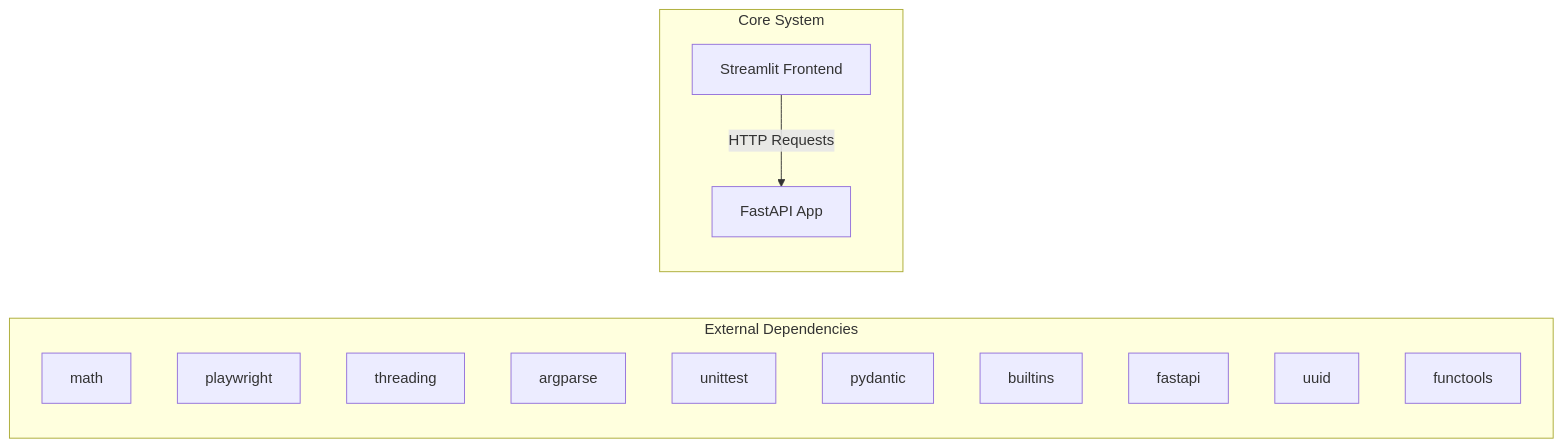
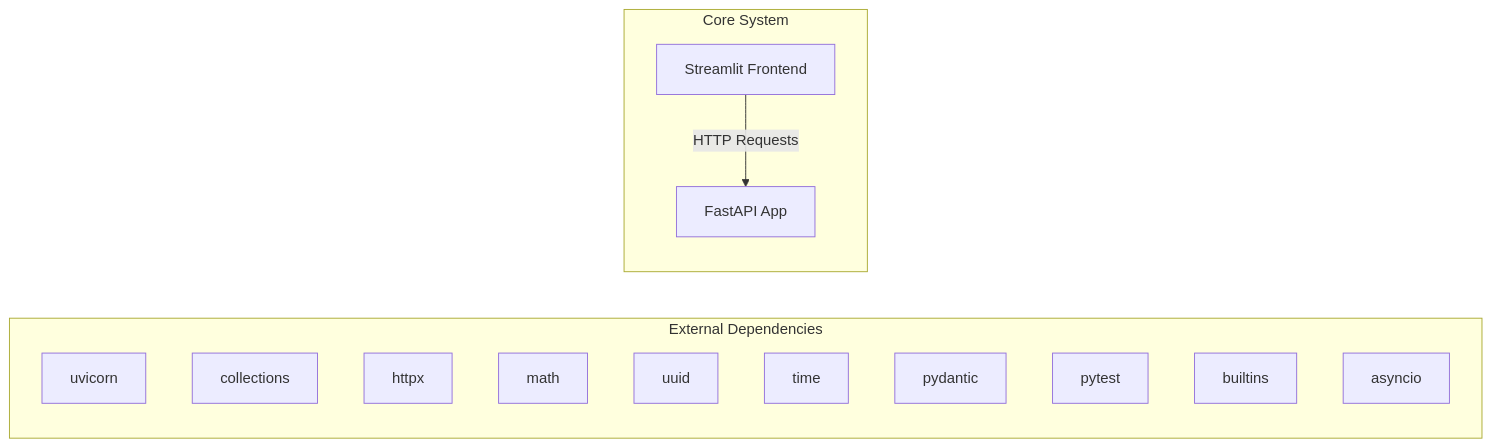
The first of 2 diagrams in docs/architecture.md (NITISH-R-G/rag-context-optimizer), drawn with Mermaid before and after one commit. The commit also changed 1 other file, not shown here.

Commit message:
docs: auto-update repository knowledge, architecture diagrams, and documentation

````diff
--- a/docs/architecture.md
+++ b/docs/architecture.md
@@ -7,20 +7,20 @@
 ```mermaid
 graph LR
     subgraph External Dependencies
-        E0["math"]
-        E1["playwright"]
-        E2["threading"]
-        E3["argparse"]
-        E4["unittest"]
-        E5["pydantic"]
-        E6["builtins"]
-        E7["fastapi"]
-        E8["uuid"]
-        E9["functools"]
+        E0["uvicorn"]
+        E1["collections"]
+        E2["httpx"]
+        E3["math"]
+        E4["uuid"]
+        E5["time"]
+        E6["pydantic"]
+        E7["pytest"]
+        E8["builtins"]
+        E9["asyncio"]
     end
     subgraph Core System
         API["FastAPI App"]
         UI["Streamlit Frontend"]
     end
     UI -->|HTTP Requests| API
 ```
````
